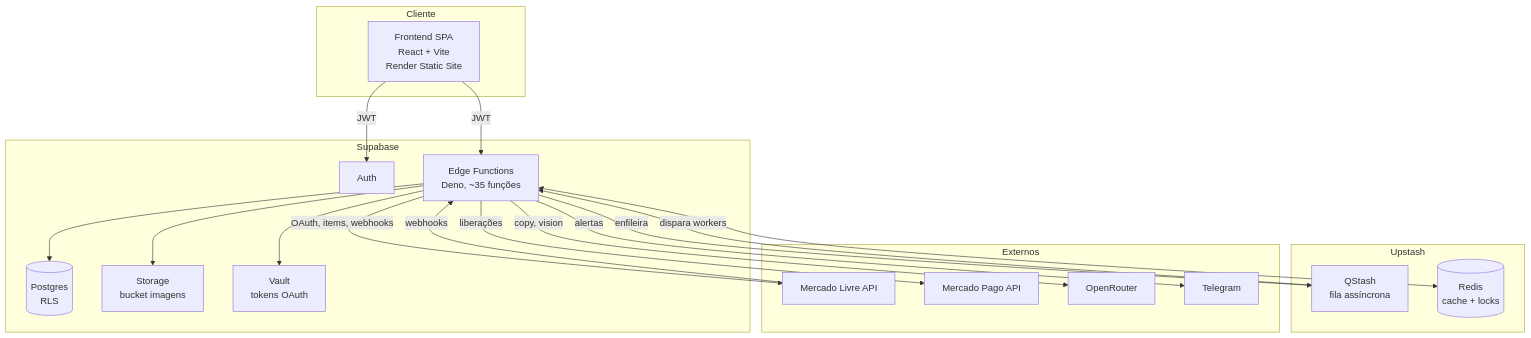
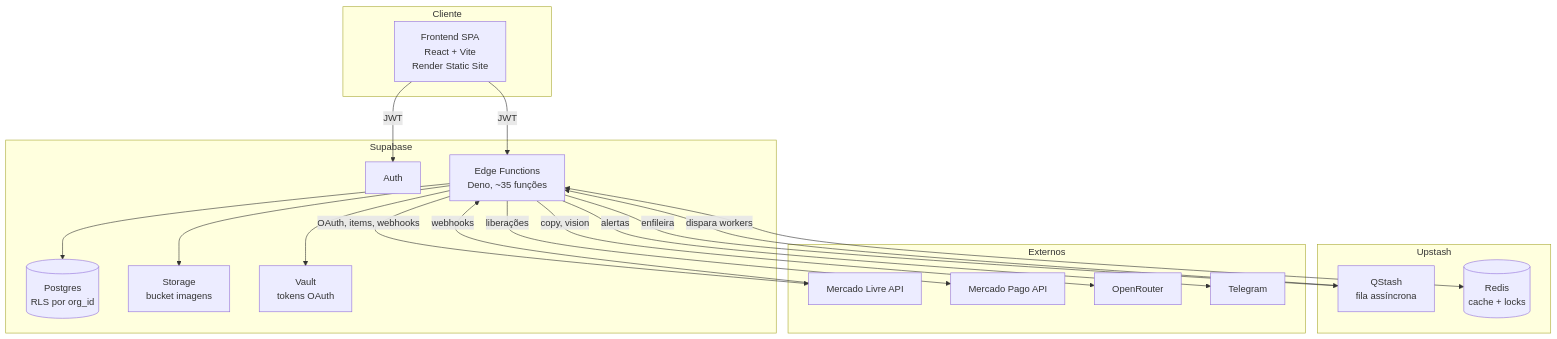
The first of 2 diagrams in obsidian-vault/01-Arquitetura/Arquitetura Geral.md (analistasistemas-bit/gtinmktplace), drawn with Mermaid before and after one commit. The commit also changed other lines of this file and 2 other files, not shown here.

First line of the commit message:
docs: corrige diagramas mermaid desatualizados e registra entrega dos diagramas Archify

````diff
--- a/obsidian-vault/01-Arquitetura/Arquitetura Geral.md
+++ b/obsidian-vault/01-Arquitetura/Arquitetura Geral.md
@@ -38,37 +39,37 @@
 ```mermaid
 flowchart TB
     subgraph Cliente
         FE[Frontend SPA<br/>React + Vite<br/>Render Static Site]
     end
     subgraph Supabase
         AUTH[Auth]
         EF[Edge Functions<br/>Deno, ~35 funções]
-        PG[(Postgres<br/>RLS)]
+        PG[(Postgres<br/>RLS por org_id)]
         ST[Storage<br/>bucket imagens]
         VLT[Vault<br/>tokens OAuth]
     end
     subgraph Upstash
         QS[QStash<br/>fila assíncrona]
         RD[(Redis<br/>cache + locks)]
     end
     subgraph Externos
         ML[Mercado Livre API]
         MP[Mercado Pago API]
         OR[OpenRouter]
         TG[Telegram]
     end
 
     FE -->|JWT| AUTH
     FE -->|JWT| EF
     EF --> PG
     EF --> ST
     EF --> VLT
     EF -->|enfileira| QS
     QS -->|dispara workers| EF
     EF <--> RD
     EF -->|OAuth, items, webhooks| ML
     EF -->|copy, vision| OR
     EF -->|liberações| MP
     EF -->|alertas| TG
     ML -->|webhooks| EF
 ```
````
